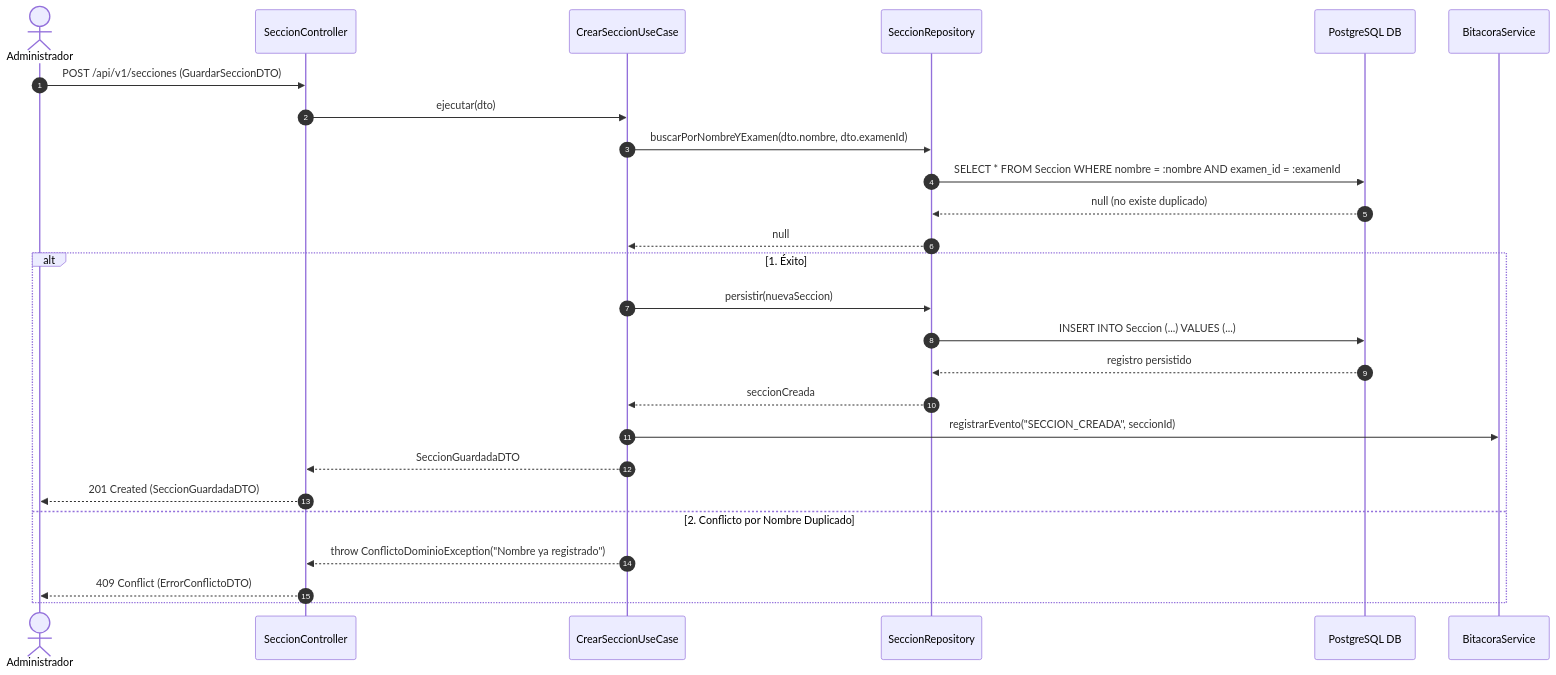
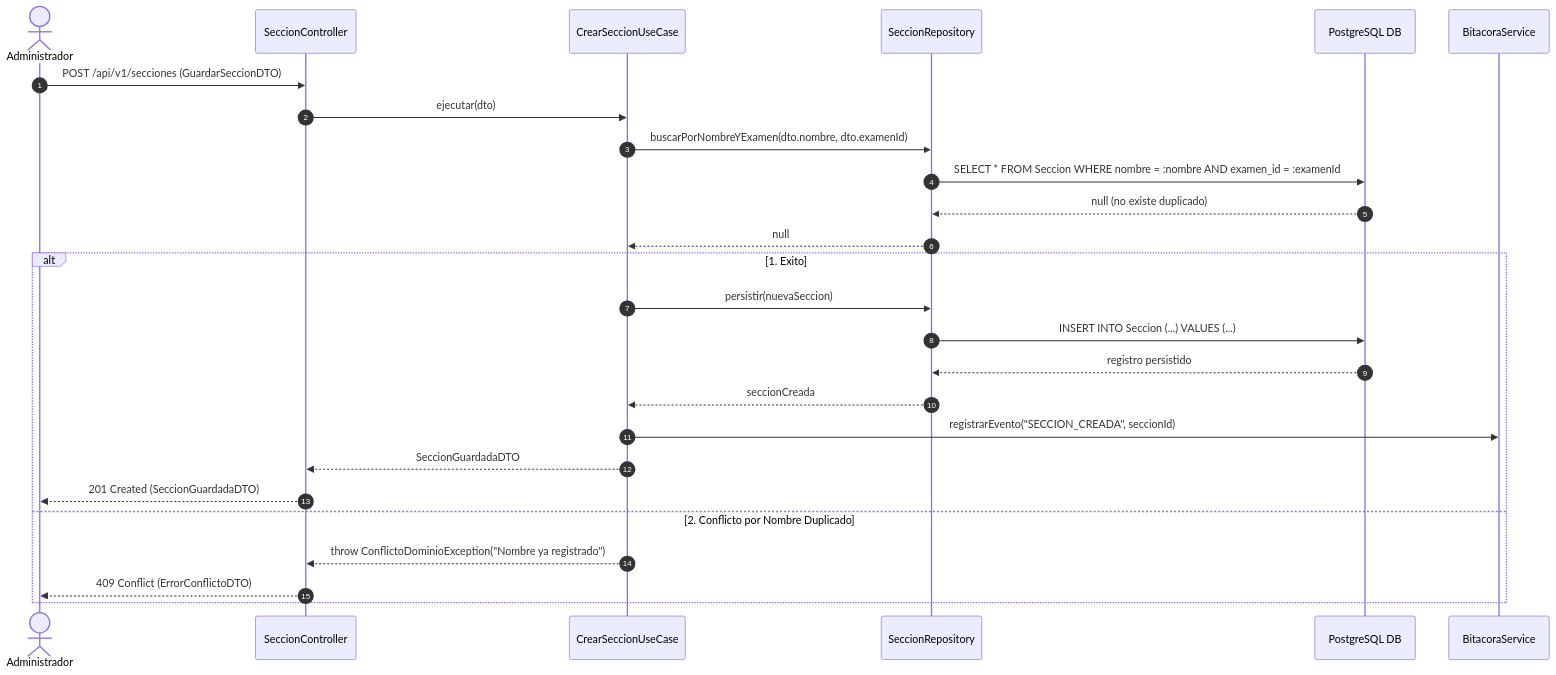
The second of 3 diagrams in skills/docs-governance-mastery/references/guia-maestra-estandar.md (EdwinDragusin/agent-core-skills), drawn with Mermaid before and after one commit. The commit also changed other lines of this file and 89 other files, not shown here.

````diff
--- a/skills/docs-governance-mastery/references/guia-maestra-estandar.md
+++ b/skills/docs-governance-mastery/references/guia-maestra-estandar.md
@@ -169,30 +169,30 @@
 ```mermaid
 sequenceDiagram
     autonumber
     actor Admin as Administrador
     participant Ctrl as SeccionController
     participant UC as CrearSeccionUseCase
     participant Repo as SeccionRepository
     participant DB as PostgreSQL DB
     participant Audit as BitacoraService
 
     Admin->>Ctrl: POST /api/v1/secciones (GuardarSeccionDTO)
     Ctrl->>UC: ejecutar(dto)
     UC->>Repo: buscarPorNombreYExamen(dto.nombre, dto.examenId)
     Repo->>DB: SELECT * FROM Seccion WHERE nombre = :nombre AND examen_id = :examenId
     DB-->>Repo: null (no existe duplicado)
     Repo-->>UC: null
 
-    alt 1. Éxito
+    alt 1. Exito
         UC->>Repo: persistir(nuevaSeccion)
         Repo->>DB: INSERT INTO Seccion (...) VALUES (...)
         DB-->>Repo: registro persistido
         Repo-->>UC: seccionCreada
         UC->>Audit: registrarEvento("SECCION_CREADA", seccionId)
         UC-->>Ctrl: SeccionGuardadaDTO
         Ctrl-->>Admin: 201 Created (SeccionGuardadaDTO)
     else 2. Conflicto por Nombre Duplicado
         UC-->>Ctrl: throw ConflictoDominioException("Nombre ya registrado")
         Ctrl-->>Admin: 409 Conflict (ErrorConflictoDTO)
     end
 ```
````
